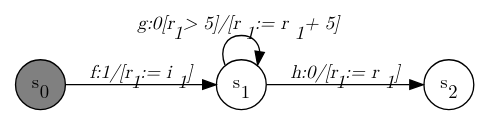
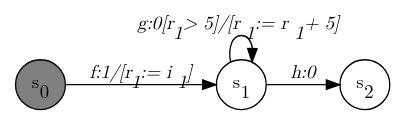
One commit to jmafoster1/efsm-sal changed the diagram in dotfiles/Horrible_Example_2.dot. Above: the diagram before and after it, drawn with Graphviz. The commit also changed 37 other files, not shown here.

```diff
--- a/dotfiles/Horrible_Example_2.dot
+++ b/dotfiles/Horrible_Example_2.dot
@@ -1,13 +1,13 @@
 digraph Horrible_Example_2{
     graph [rankdir="LR", fontname="Latin Modern Math"];
     node [color="black", fillcolor="white", shape="circle", style="filled", fontname="Latin Modern Math"];
     edge [fontname="Latin Modern Math"];
 
     s0[fillcolor="gray", label=<s<sub>0</sub>>];
     s1[label=<s<sub>1</sub>>];
     s2[label=<s<sub>2</sub>>];
 
     s0->s1[label=<<i>f:1/&#91;r<sub>1</sub> := i<sub>1</sub>&#93;</i>>];
     s1->s1[label=<<i>g:0&#91;r<sub>1</sub> &gt; 5&#93;/&#91;r<sub>1</sub> := r<sub>1</sub> + 5&#93;</i>>];
-    s1->s2[label=<<i>h:0/&#91;r<sub>1</sub> := r<sub>1</sub>&#93;</i>>];
+    s1->s2[label=<<i>h:0</i>>];
 }
```
